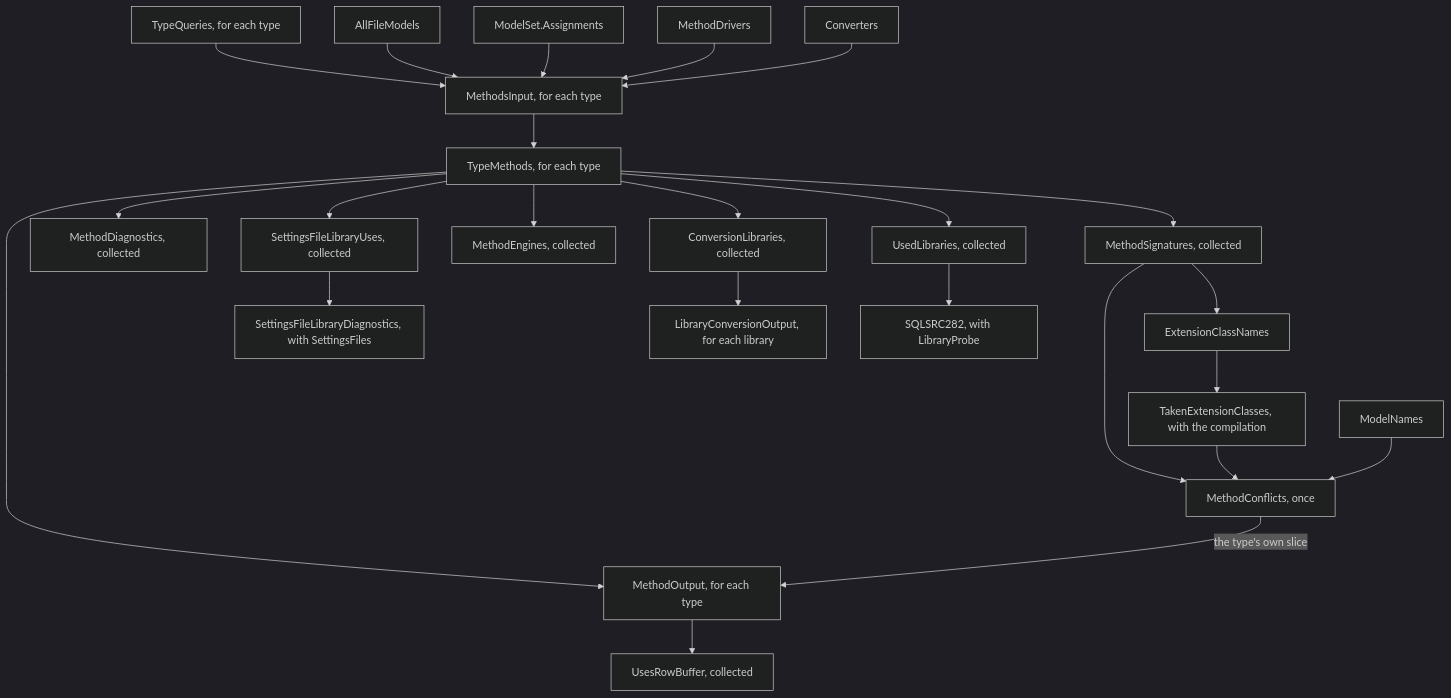
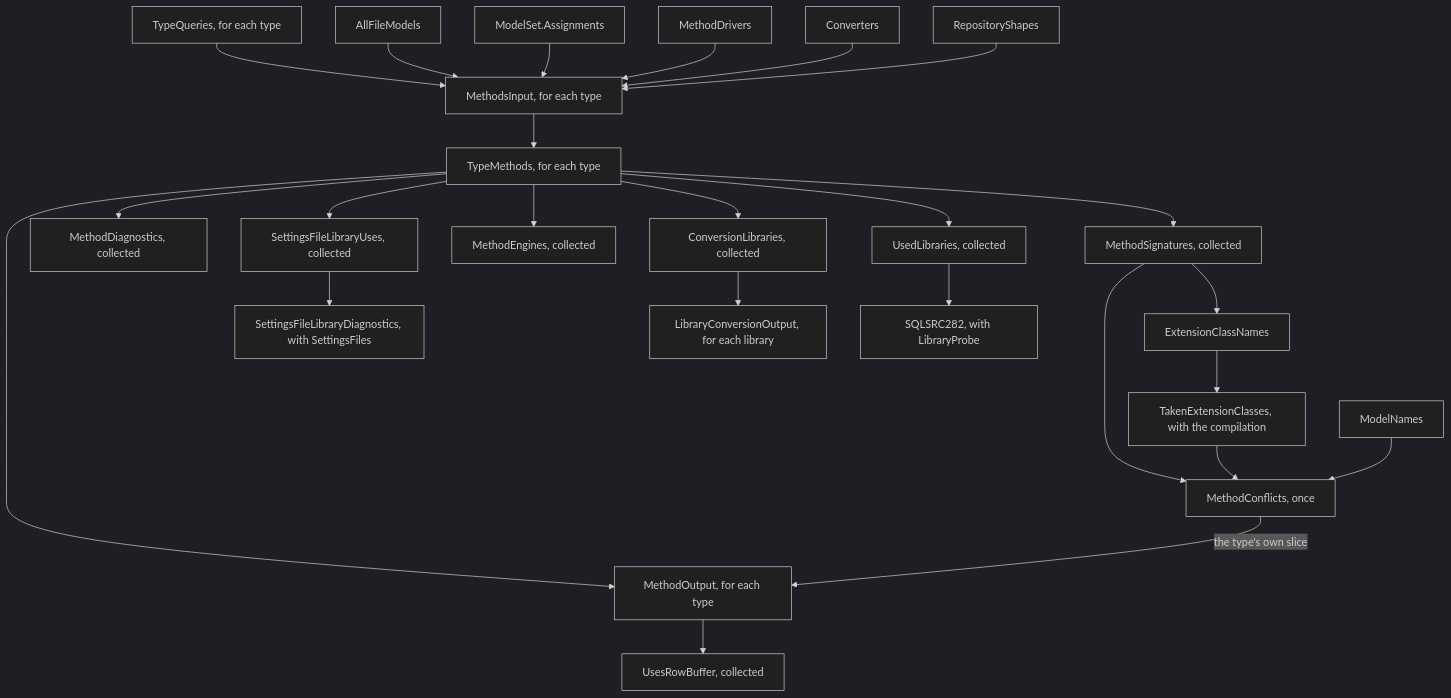
One commit to mbcrawfo/SqlSource changed the third of 3 diagrams in docs/architecture/generator.md. Above: the diagram before and after it, drawn with Mermaid (dark theme). The commit also changed other lines of this file and 19 other files, not shown here.

````diff
--- a/docs/architecture/generator.md
+++ b/docs/architecture/generator.md
@@ -607,26 +607,27 @@
 ```mermaid
 flowchart TD
     typeQueries["TypeQueries, for each type"] --> input["MethodsInput, for each type"]
     all["AllFileModels"] --> input
     assignments["ModelSet.Assignments"] --> input
     drivers["MethodDrivers"] --> input
     converters["Converters"] --> input
+    shapes["RepositoryShapes"] --> input
     input --> plan["TypeMethods, for each type"]
     plan --> signatures["MethodSignatures, collected"]
     signatures --> classes["ExtensionClassNames"]
     classes --> taken["TakenExtensionClasses, with the compilation"]
     signatures --> conflicts["MethodConflicts, once"]
     taken --> conflicts
     modelNames["ModelNames"] --> conflicts
     plan --> output["MethodOutput, for each type"]
     conflicts -->|"the type's own slice"| output
     output --> rowBuffer["UsesRowBuffer, collected"]
     plan --> diagnostics["MethodDiagnostics, collected"]
     plan --> libraryUses["SettingsFileLibraryUses, collected"]
     libraryUses --> located["SettingsFileLibraryDiagnostics, with SettingsFiles"]
     plan --> engines["MethodEngines, collected"]
     plan --> libraries["ConversionLibraries, collected"]
     libraries --> conversions["LibraryConversionOutput, for each library"]
     plan --> used["UsedLibraries, collected"]
     used --> floor["SQLSRC282, with LibraryProbe"]
 ```
````
